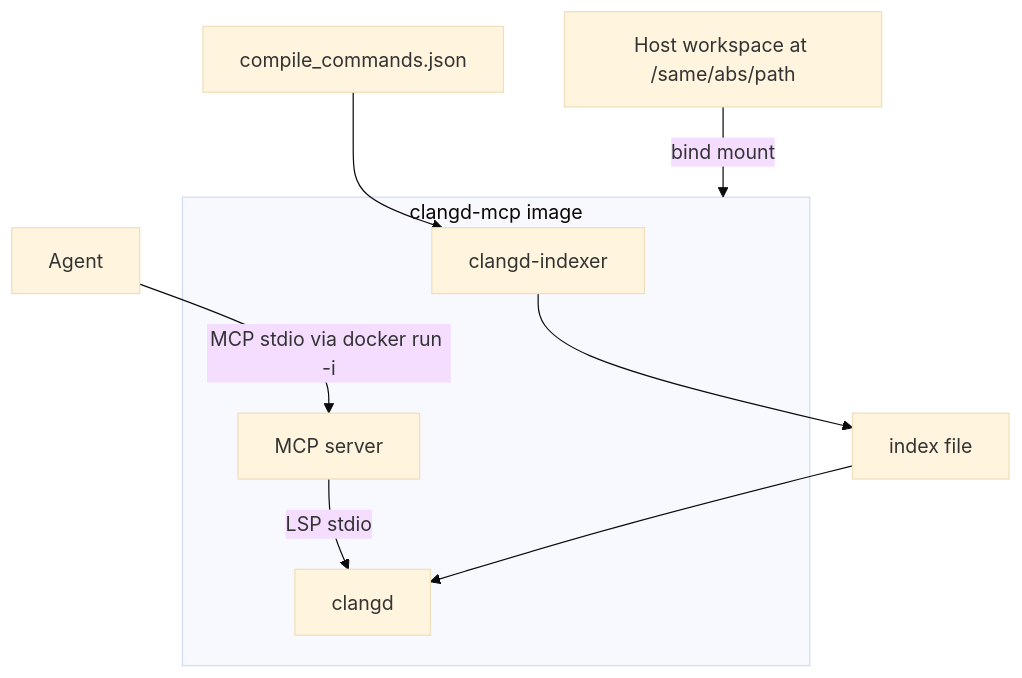
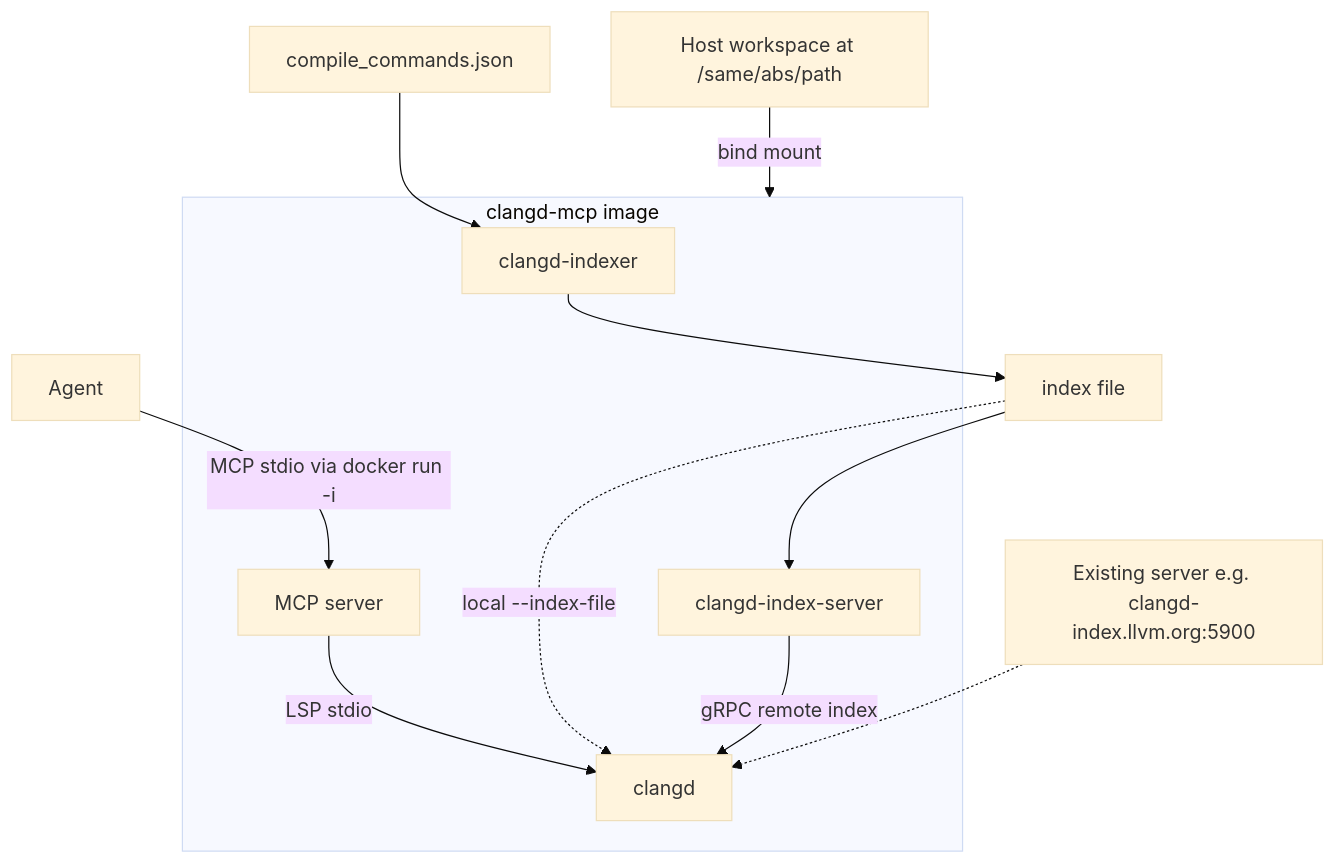
One commit to pkp124/clangd-mcp changed the diagram in PLAN.md. Above: the diagram before and after it, drawn with Mermaid (base theme). The commit also changed other lines of this file and 1 other file, not shown here.

First line of the commit message:
Add clangd remote index hosting to the container plan.

````diff
--- a/PLAN.md
+++ b/PLAN.md
@@ -87,14 +94,18 @@
 ```mermaid
 flowchart TB
   subgraph image["clangd-mcp image"]
     Indexer["clangd-indexer"]
+    IndexServer["clangd-index-server"]
     MCP["MCP server"]
     Clangd["clangd"]
     MCP -->|"LSP stdio"| Clangd
   end
   HostWS["Host workspace at /same/abs/path"] -->|"bind mount"| image
   CDB["compile_commands.json"] --> Indexer
   Indexer --> Idx["index file"]
-  Idx --> Clangd
+  Idx --> IndexServer
+  Idx -.->|"local --index-file"| Clangd
+  IndexServer -->|"gRPC remote index"| Clangd
+  Ext["Existing server e.g. clangd-index.llvm.org:5900"] -.-> Clangd
   Agent["Agent"] -->|"MCP stdio via docker run -i"| MCP
 ```
````
